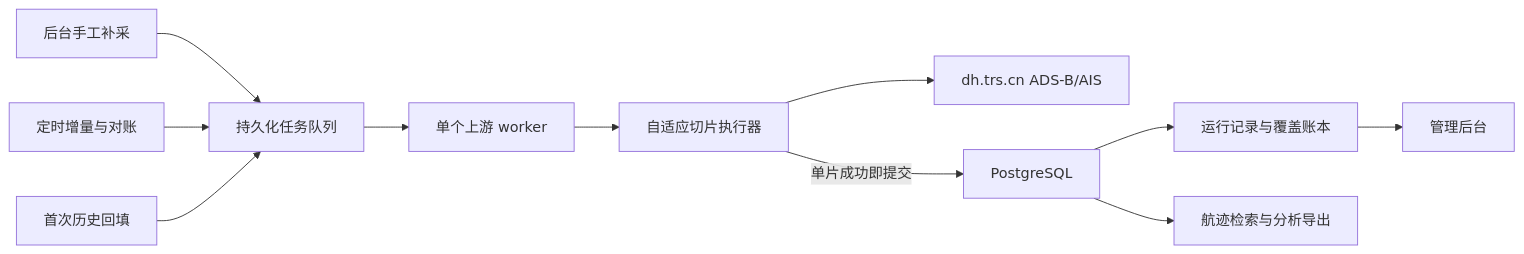
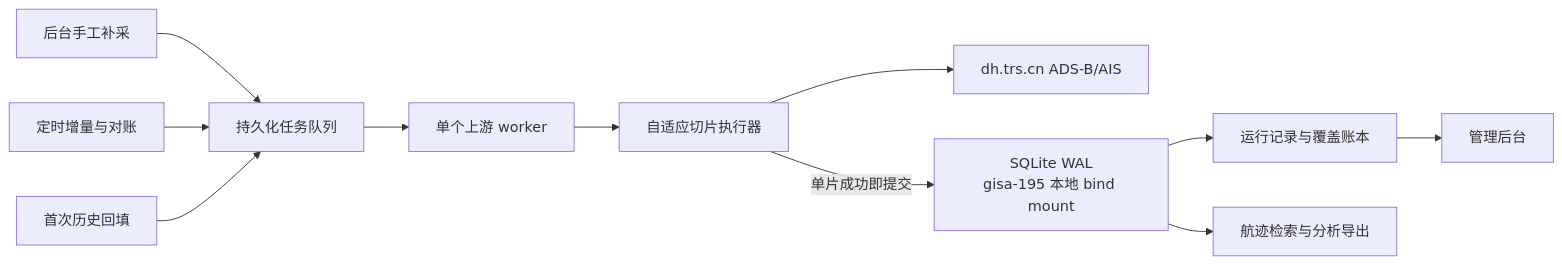
Before and after one commit to isxylands/dy-inta: the diagram in devdoc/航迹数据完整回填与持续采集方案-20260801.md, drawn with Mermaid. The commit also changed other lines of this file, not shown here.

````diff
--- a/devdoc/航迹数据完整回填与持续采集方案-20260801.md
+++ b/devdoc/航迹数据完整回填与持续采集方案-20260801.md
@@ -122,13 +124,13 @@
 ```mermaid
 flowchart LR
   A["后台手工补采"] --> Q["持久化任务队列"]
   B["定时增量与对账"] --> Q
   C["首次历史回填"] --> Q
   Q --> W["单个上游 worker"]
   W --> E["自适应切片执行器"]
   E --> U["dh.trs.cn ADS-B/AIS"]
-  E -->|"单片成功即提交"| P["PostgreSQL"]
+  E -->|"单片成功即提交"| P["SQLite WAL\ngisa-195 本地 bind mount"]
   P --> R["运行记录与覆盖账本"]
   P --> D["航迹检索与分析导出"]
   R --> M["管理后台"]
 ```
````
